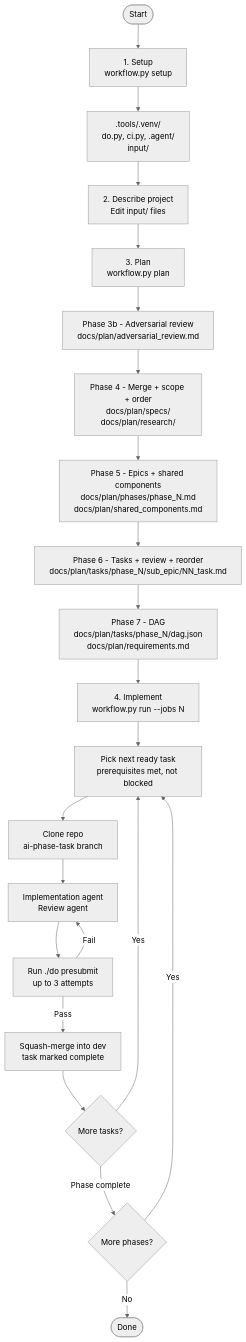
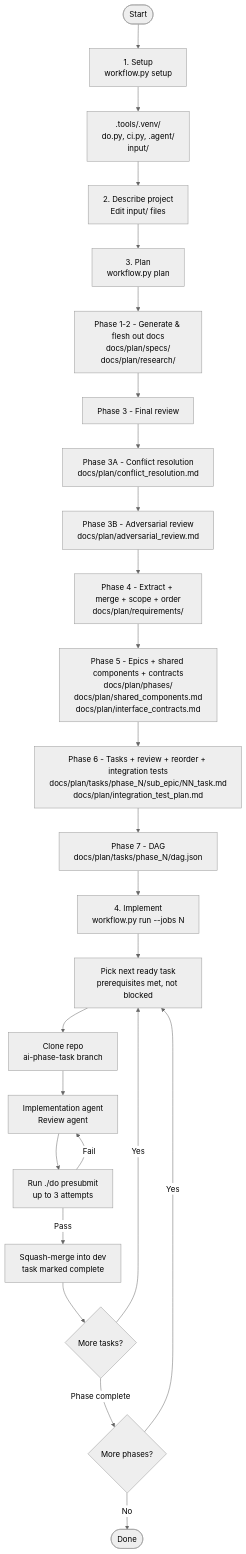
The diagram in README.md (spwilson27/vibekek), drawn with Mermaid (neutral theme) before and after one commit. The commit also changed other lines of this file and 51 other files, not shown here.

````diff
--- a/README.md
+++ b/README.md
@@ -15,29 +15,32 @@
 ```mermaid
 flowchart TD
     A([Start]) --> C["1. Setup<br/>workflow.py setup"]
     C --> C1[".tools/.venv/<br/>do.py, ci.py, .agent/<br/>input/"]
 
     C1 --> B["2. Describe project<br/>Edit input/ files"]
 
     B --> D["3. Plan<br/>workflow.py plan"]
 
-    D --> P1["Phase 3b - Adversarial review<br/>docs/plan/adversarial_review.md"]
-    P1 --> P2["Phase 4 - Merge + scope + order<br/>docs/plan/specs/<br/>docs/plan/research/"]
-    P2 --> P3["Phase 5 - Epics + shared components<br/>docs/plan/phases/phase_N.md<br/>docs/plan/shared_components.md"]
-    P3 --> P4["Phase 6 - Tasks + review + reorder<br/>docs/plan/tasks/phase_N/sub_epic/NN_task.md"]
-    P4 --> P5["Phase 7 - DAG<br/>docs/plan/tasks/phase_N/dag.json<br/>docs/plan/requirements.md"]
+    D --> P0["Phase 1-2 - Generate & flesh out docs<br/>docs/plan/specs/<br/>docs/plan/research/"]
+    P0 --> P1a["Phase 3 - Final review"]
+    P1a --> P1b["Phase 3A - Conflict resolution<br/>docs/plan/conflict_resolution.md"]
+    P1b --> P1["Phase 3B - Adversarial review<br/>docs/plan/adversarial_review.md"]
+    P1 --> P2["Phase 4 - Extract + merge + scope + order<br/>docs/plan/requirements/"]
+    P2 --> P3["Phase 5 - Epics + shared components + contracts<br/>docs/plan/phases/<br/>docs/plan/shared_components.md<br/>docs/plan/interface_contracts.md"]
+    P3 --> P4["Phase 6 - Tasks + review + reorder + integration tests<br/>docs/plan/tasks/phase_N/sub_epic/NN_task.md<br/>docs/plan/integration_test_plan.md"]
+    P4 --> P5["Phase 7 - DAG<br/>docs/plan/tasks/phase_N/dag.json"]
 
     P5 --> E["4. Implement<br/>workflow.py run --jobs N"]
 
     E --> R1["Pick next ready task<br/>prerequisites met, not blocked"]
     R1 --> R2["Clone repo<br/>ai-phase-task branch"]
     R2 --> R3["Implementation agent<br/>Review agent"]
     R3 --> R4["Run ./do presubmit<br/>up to 3 attempts"]
     R4 -->|Pass| R5["Squash-merge into dev<br/>task marked complete"]
     R4 -->|Fail| R3
     R5 --> R6{More tasks?}
     R6 -->|Yes| R1
     R6 -->|Phase complete| R7{More phases?}
     R7 -->|Yes| R1
     R7 -->|No| Z([Done])
 ```
````
